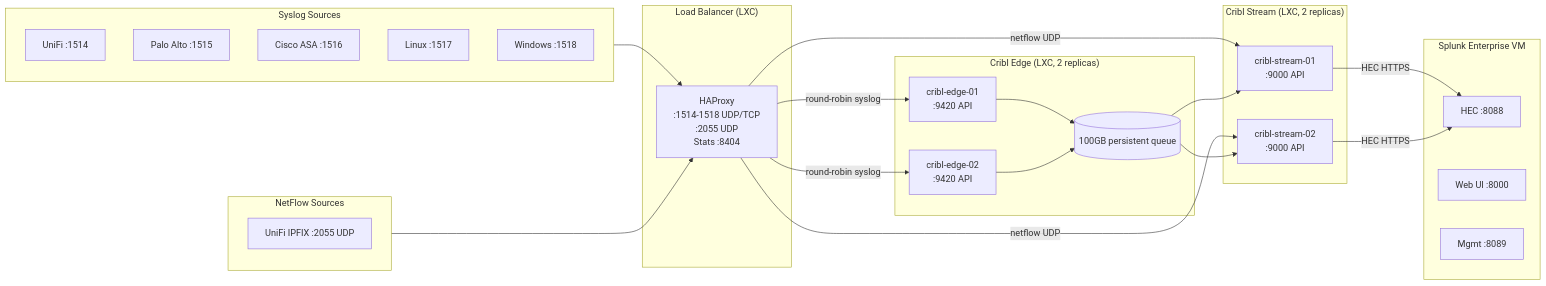
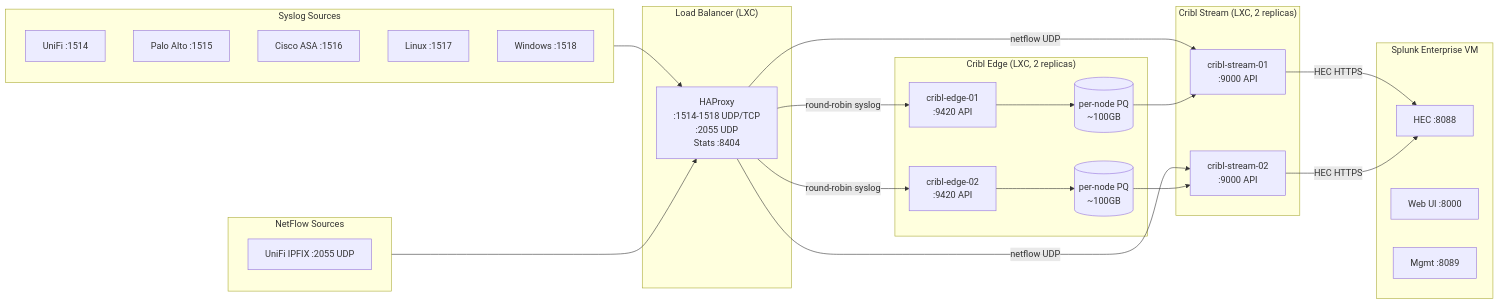
The second of 3 diagrams in docs/ARCHITECTURE.md (JacobPEvans/terraform-proxmox), drawn with Mermaid before and after one commit. The commit also changed other lines of this file and 1 other file, not shown here.

First line of the commit message:
docs(architecture): align share names, pool grouping, and PQ topology with deployment.json

````diff
--- a/docs/ARCHITECTURE.md
+++ b/docs/ARCHITECTURE.md
@@ -50,48 +50,49 @@
 ```mermaid
 flowchart LR
     subgraph Sources["Syslog Sources"]
         U[UniFi :1514]
         PA[Palo Alto :1515]
         CA[Cisco ASA :1516]
         LN[Linux :1517]
         WN[Windows :1518]
     end
 
     subgraph NetFlow["NetFlow Sources"]
         NF[UniFi IPFIX :2055 UDP]
     end
 
     subgraph LB["Load Balancer (LXC)"]
         HAP[HAProxy<br/>:1514-1518 UDP/TCP<br/>:2055 UDP<br/>Stats :8404]
     end
 
     subgraph Collectors["Cribl Edge (LXC, 2 replicas)"]
         CE1[cribl-edge-01<br/>:9420 API]
         CE2[cribl-edge-02<br/>:9420 API]
-        PQ[(100GB persistent queue)]
+        PQ1[(per-node PQ<br/>~100GB)]
+        PQ2[(per-node PQ<br/>~100GB)]
     end
 
     subgraph Processors["Cribl Stream (LXC, 2 replicas)"]
         CS1[cribl-stream-01<br/>:9000 API]
         CS2[cribl-stream-02<br/>:9000 API]
     end
 
     subgraph Destination["Splunk Enterprise VM"]
         HEC[HEC :8088]
         WEB[Web UI :8000]
         MGMT[Mgmt :8089]
     end
 
     Sources --> HAP
     NetFlow --> HAP
     HAP -->|round-robin syslog| CE1
     HAP -->|round-robin syslog| CE2
     HAP -->|netflow UDP| CS1
     HAP -->|netflow UDP| CS2
-    CE1 --> PQ
-    CE2 --> PQ
-    PQ --> CS1
-    PQ --> CS2
+    CE1 --> PQ1
+    CE2 --> PQ2
+    PQ1 --> CS1
+    PQ2 --> CS2
     CS1 -->|HEC HTTPS| HEC
     CS2 -->|HEC HTTPS| HEC
 ```
````
